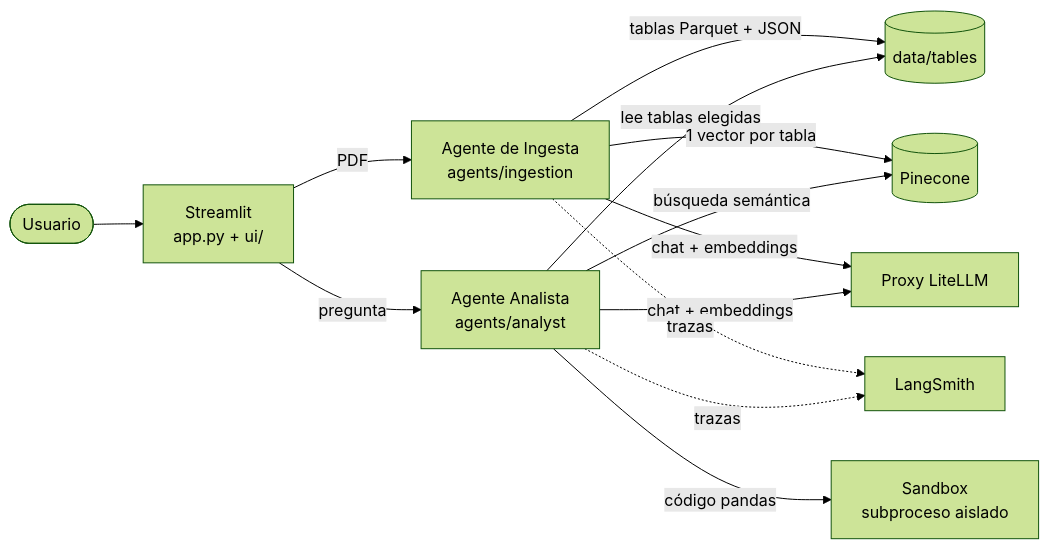
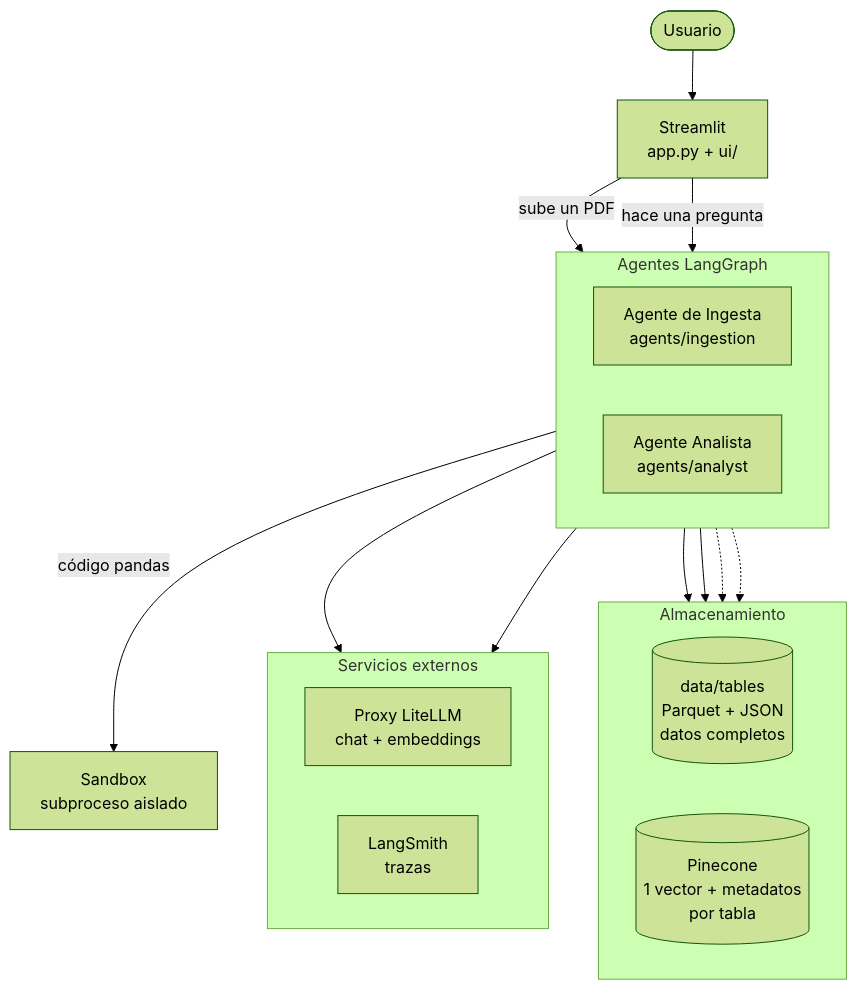
The first of 3 diagrams in README.md (juanamendonca/multiagentes-tp), drawn with Mermaid (forest theme) before and after one commit. The commit also changed other lines of this file, not shown here.

Commit message:
docs: README con comandos para Windows y Linux, nuevo diagrama de arquitectura y limitaciones resumidas

````diff
--- a/README.md
+++ b/README.md
@@ -193,13 +287,34 @@
 ```mermaid
-flowchart LR
-    user([Usuario]) --> ui[Streamlit<br/>app.py + ui/]
-    ui -->|PDF| ing[Agente de Ingesta<br/>agents/ingestion]
-    ui -->|pregunta| ana[Agente Analista<br/>agents/analyst]
-    ing -->|tablas Parquet + JSON| store[(data/tables)]
-    ing -->|1 vector por tabla| pc[(Pinecone)]
-    ana -->|búsqueda semántica| pc
-    ana -->|lee tablas elegidas| store
-    ana -->|código pandas| sb[Sandbox<br/>subproceso aislado]
-    ing & ana -->|chat + embeddings| llm[Proxy LiteLLM]
-    ing & ana -.->|trazas| ls[LangSmith]
+flowchart TB
+    user([Usuario]) --> ui["Streamlit<br/>app.py + ui/"]
+
+    subgraph agentes["Agentes LangGraph"]
+        direction LR
+        ing["Agente de Ingesta<br/>agents/ingestion"]
+        ana["Agente Analista<br/>agents/analyst"]
+    end
+
+    ui -- "sube un PDF" --> ing
+    ui -- "hace una pregunta" --> ana
+
+    subgraph datos["Almacenamiento"]
+        direction LR
+        store[("data/tables<br/>Parquet + JSON<br/>datos completos")]
+        pc[("Pinecone<br/>1 vector + metadatos<br/>por tabla")]
+    end
+
+    ing --> store
+    ing --> pc
+    ana -.-> pc
+    ana -.-> store
+    ana -- "código pandas" --> sb["Sandbox<br/>subproceso aislado"]
+
+    subgraph ext["Servicios externos"]
+        direction LR
+        llm["Proxy LiteLLM<br/>chat + embeddings"]
+        ls["LangSmith<br/>trazas"]
+    end
+
+    agentes --> llm
+    agentes --> ls
 ```
````
